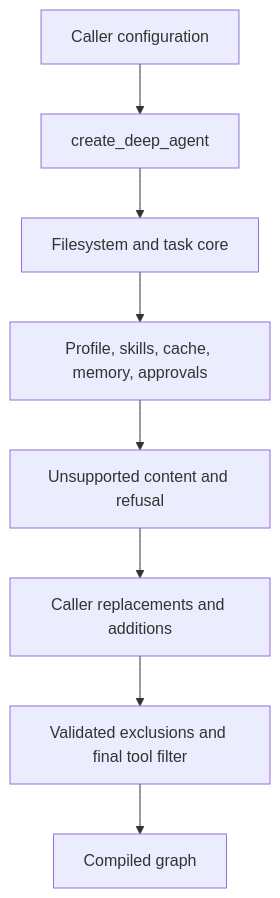
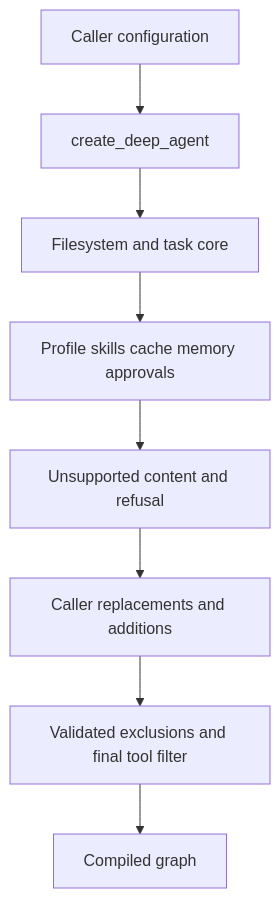
The first of 2 diagrams in openwiki/architecture/source-map.md (langchain-ai/deepagents), drawn with Mermaid before and after one commit. The commit also changed other lines of this file and 38 other files, not shown here.

````diff
--- a/openwiki/architecture/source-map.md
+++ b/openwiki/architecture/source-map.md
@@ -118,10 +59,10 @@
 ```mermaid
 flowchart TD
   Input["Caller configuration"] --> Build["create_deep_agent"]
   Build --> Core["Filesystem and task core"]
-  Core --> Tail["Profile, skills, cache, memory, approvals"]
+  Core --> Tail["Profile skills cache memory approvals"]
   Tail --> Guard["Unsupported content and refusal"]
   Guard --> Custom["Caller replacements and additions"]
   Custom --> Exclude["Validated exclusions and final tool filter"]
   Exclude --> Graph["Compiled graph"]
 ```
````
